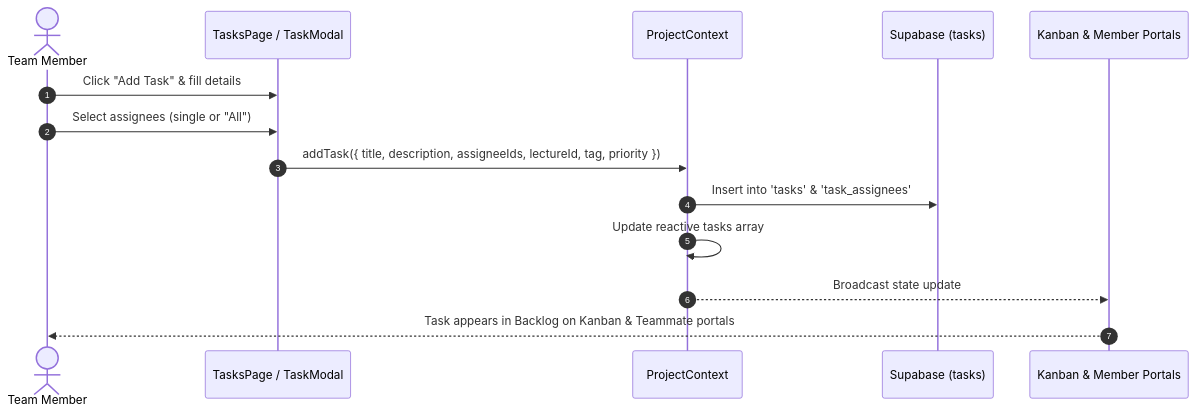
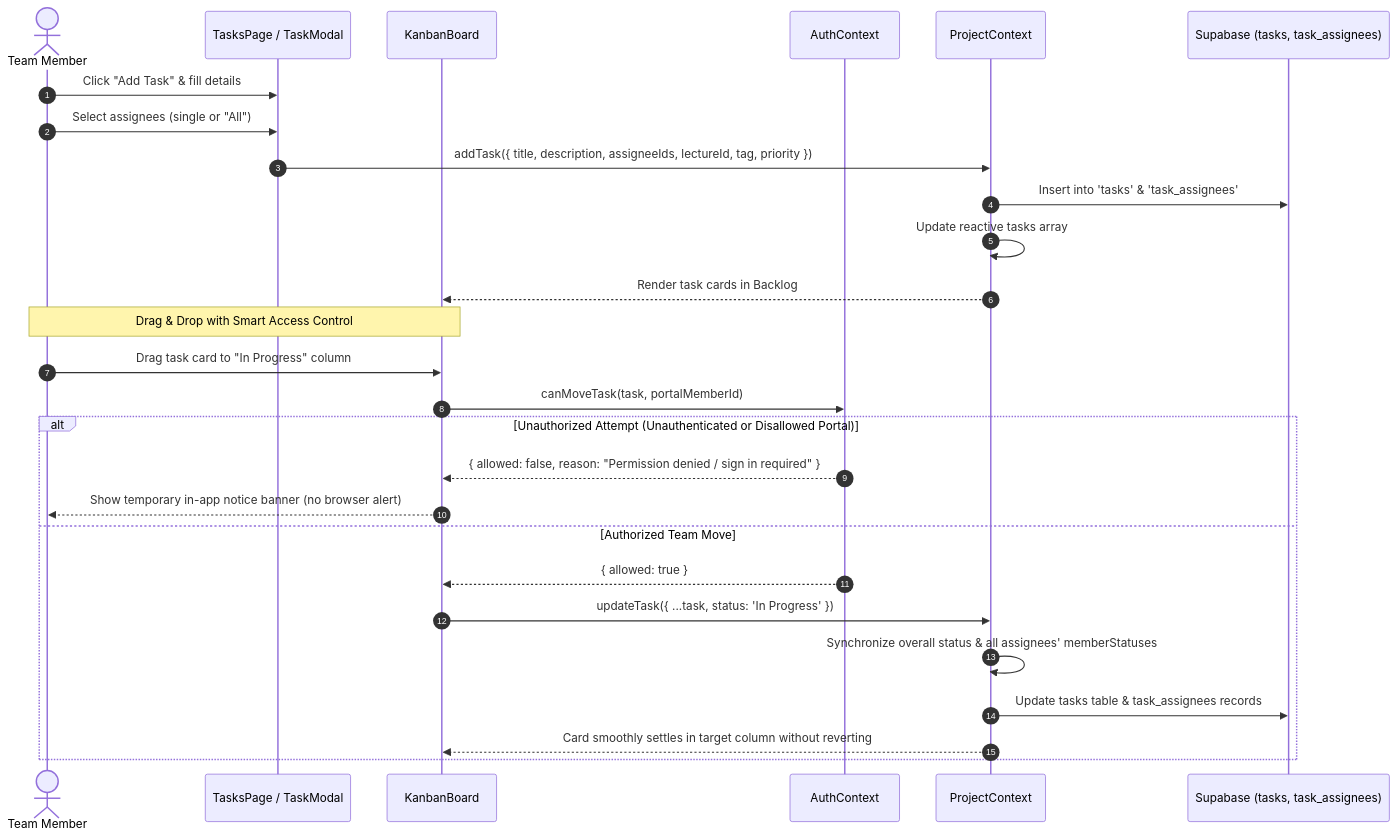
The third of 5 diagrams in README.md (KiwisCodes/VGU-Project-Course), drawn with Mermaid before and after one commit. The commit also changed other lines of this file and 3 other files, not shown here.

Commit message:
fix: restore smooth kanban drag and drop with smart access control

````diff
--- a/README.md
+++ b/README.md
@@ -440,17 +449,31 @@
 ```mermaid
 sequenceDiagram
     autonumber
     actor User as Team Member
     participant UI as TasksPage / TaskModal
+    participant KB as KanbanBoard
+    participant Auth as AuthContext
     participant Ctx as ProjectContext
-    participant SB as Supabase (tasks)
-    participant Views as Kanban & Member Portals
+    participant SB as Supabase (tasks, task_assignees)
 
     User->>UI: Click "Add Task" & fill details
     User->>UI: Select assignees (single or "All")
     UI->>Ctx: addTask({ title, description, assigneeIds, lectureId, tag, priority })
     Ctx->>SB: Insert into 'tasks' & 'task_assignees'
     Ctx->>Ctx: Update reactive tasks array
-    Ctx-->>Views: Broadcast state update
-    Views-->>User: Task appears in Backlog on Kanban & Teammate portals
+    Ctx-->>KB: Render task cards in Backlog
+    
+    Note over User,KB: Drag & Drop with Smart Access Control
+    User->>KB: Drag task card to "In Progress" column
+    KB->>Auth: canMoveTask(task, portalMemberId)
+    alt Unauthorized Attempt (Unauthenticated or Disallowed Portal)
+        Auth-->>KB: { allowed: false, reason: "Permission denied / sign in required" }
+        KB-->>User: Show temporary in-app notice banner (no browser alert)
+    else Authorized Team Move
+        Auth-->>KB: { allowed: true }
+        KB->>Ctx: updateTask({ ...task, status: 'In Progress' })
+        Ctx->>Ctx: Synchronize overall status & all assignees' memberStatuses
+        Ctx->>SB: Update tasks table & task_assignees records
+        Ctx-->>KB: Card smoothly settles in target column without reverting
+    end
 ```
````
